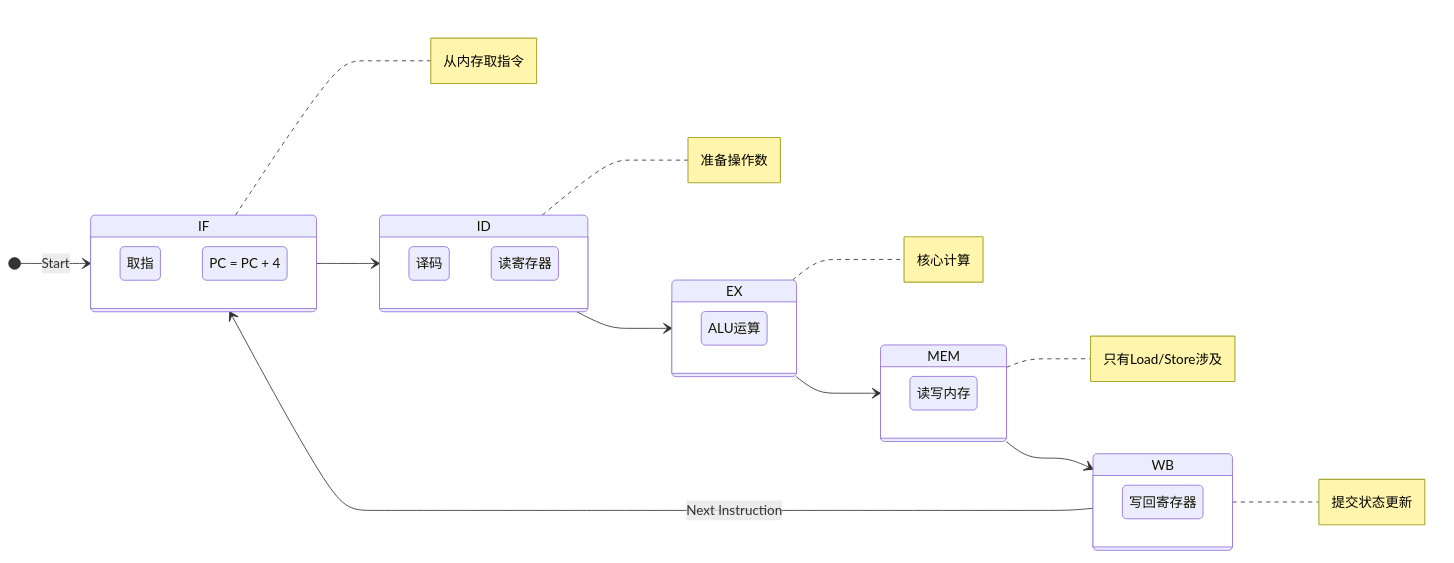
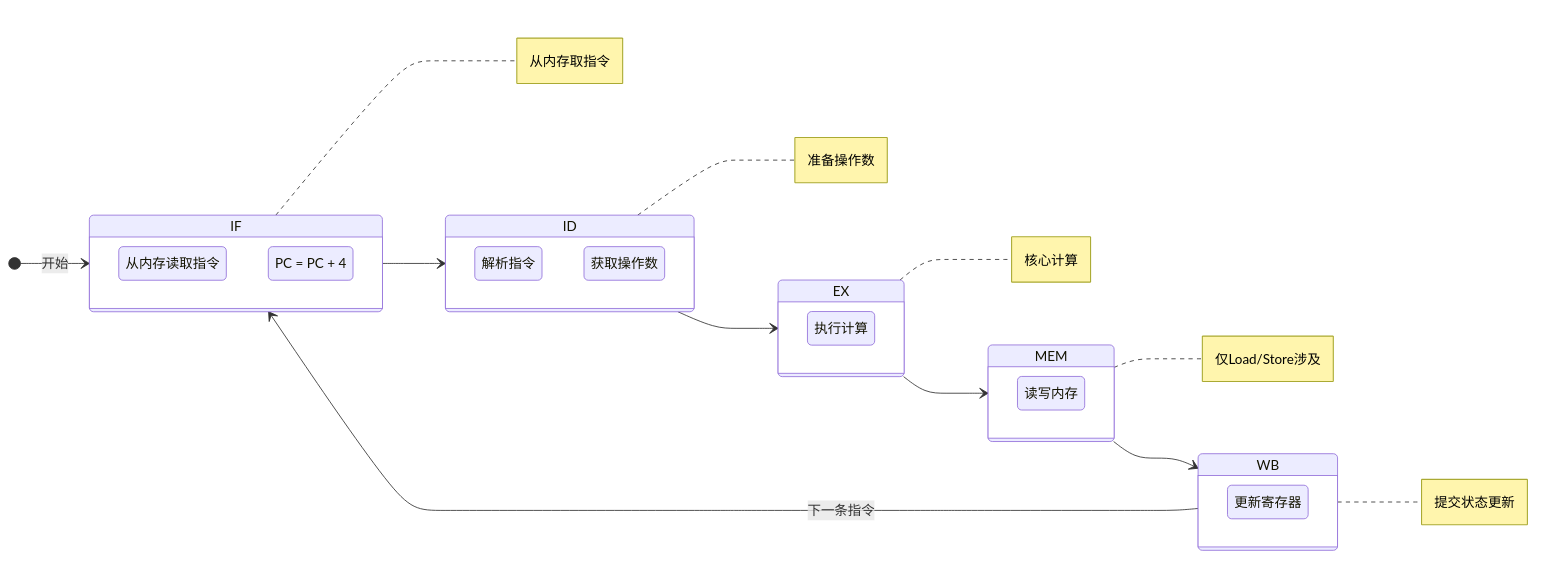
One commit to laoliu-463/-11 changed the diagram in 计算机组成原理/1-核心笔记/精简版/14-指令执行周期.md. Above: the diagram before and after it, drawn with Mermaid. The commit also changed 6 other files, not shown here.

````diff
--- a/计算机组成原理/1-核心笔记/精简版/14-指令执行周期.md
+++ b/计算机组成原理/1-核心笔记/精简版/14-指令执行周期.md
@@ -12,40 +12,40 @@
 ```mermaid
 stateDiagram-v2
     direction LR
     
-    [*] --> IF: Start
+    [*] --> IF: 开始
     
     state IF {
-        Fetch: 取指
-        PC_Inc: PC = PC + 4
+        取指: 从内存读取指令
+        PC自增: PC = PC + 4
     }
     
     state ID {
-        Decode: 译码
-        ReadReg: 读寄存器
+        译码: 解析指令
+        读寄存器: 获取操作数
     }
     
     state EX {
-        ALU_Op: ALU运算
+        ALU运算: 执行计算
     }
     
     state MEM {
-        Access: 读写内存
+        访存: 读写内存
     }
     
     state WB {
-        Write: 写回寄存器
+        写回: 更新寄存器
     }
     
     IF --> ID
     ID --> EX
     EX --> MEM
     MEM --> WB
-    WB --> IF: Next Instruction
+    WB --> IF: 下一条指令
     
     note right of IF: 从内存取指令
     note right of ID: 准备操作数
     note right of EX: 核心计算
-    note right of MEM: 只有Load/Store涉及
+    note right of MEM: 仅Load/Store涉及
     note right of WB: 提交状态更新
 ```
````
